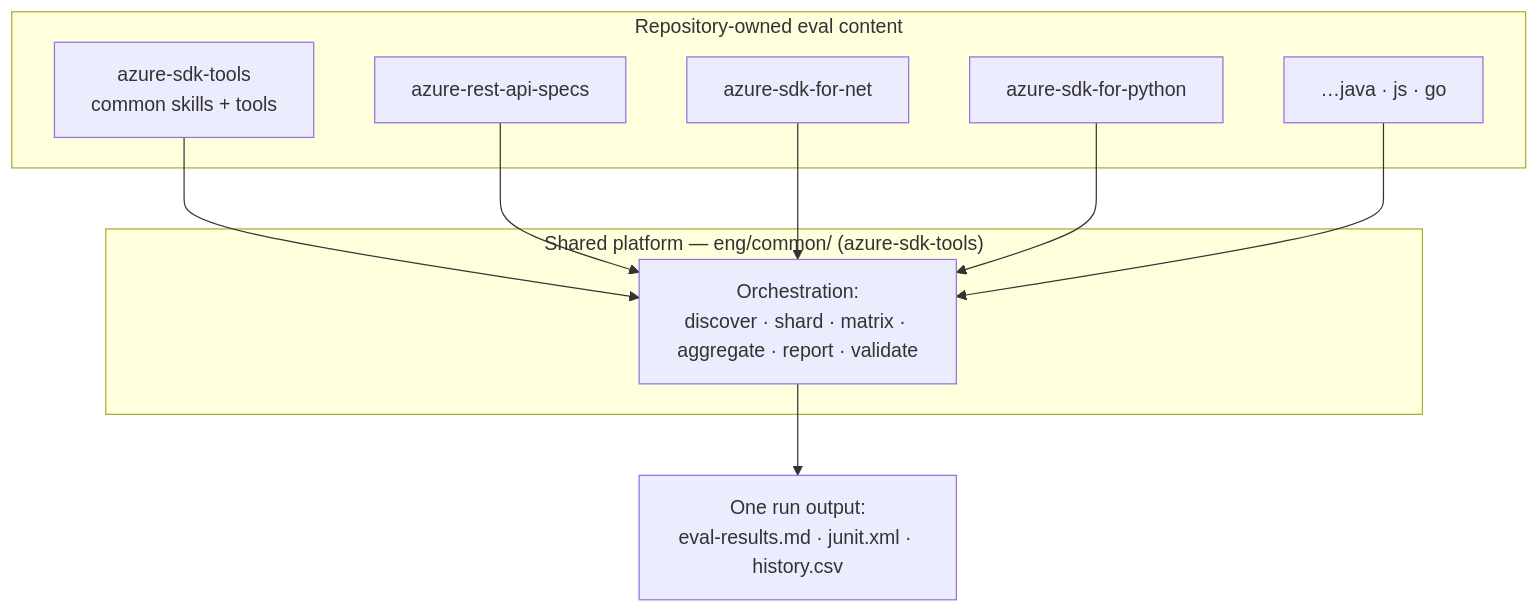
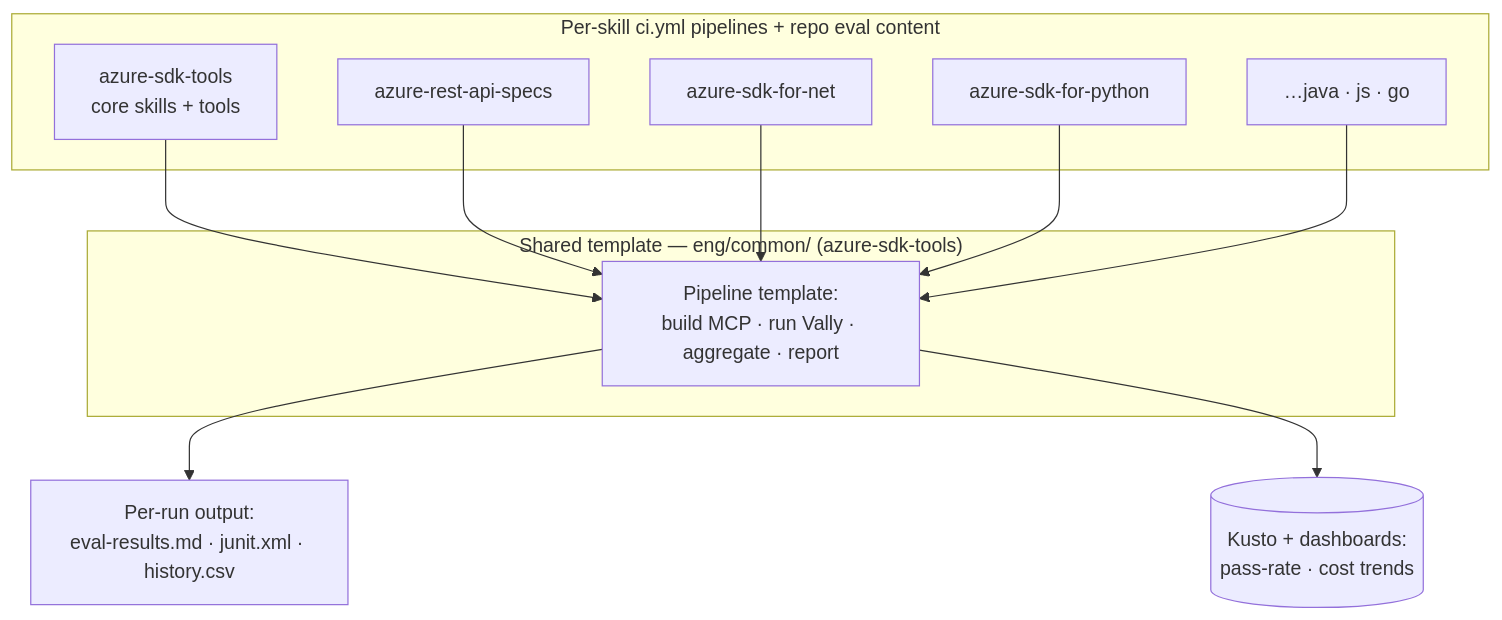
The fourth of 4 diagrams in tools/azsdk-cli/docs/specs/8-operations-agent-eval-strategy.spec.md (Azure/azure-sdk-tools), drawn with Mermaid before and after one commit. The commit also changed other lines of this file, not shown here.

Commit message:
docs: revise CI to per-skill ci.yml pipelines per review

````diff
--- a/tools/azsdk-cli/docs/specs/8-operations-agent-eval-strategy.spec.md
+++ b/tools/azsdk-cli/docs/specs/8-operations-agent-eval-strategy.spec.md
@@ -775,19 +730,20 @@
 ```mermaid
 flowchart TD
-    subgraph SHARED["Shared platform — eng/common/ (azure-sdk-tools)"]
-        ORCH["Orchestration:<br/>discover · shard · matrix · aggregate · report · validate"]
+    subgraph SHARED["Shared template — eng/common/ (azure-sdk-tools)"]
+        ORCH["Pipeline template:<br/>build MCP · run Vally · aggregate · report"]
     end
-    subgraph CONTENT["Repository-owned eval content"]
-        T["azure-sdk-tools<br/>common skills + tools"]
+    subgraph CONTENT["Per-skill ci.yml pipelines + repo eval content"]
+        T["azure-sdk-tools<br/>core skills + tools"]
         SPECS["azure-rest-api-specs"]
         NET["azure-sdk-for-net"]
         PY["azure-sdk-for-python"]
         ETC["…java · js · go"]
     end
     T --> ORCH
     SPECS --> ORCH
     NET --> ORCH
     PY --> ORCH
     ETC --> ORCH
-    ORCH --> OUT["One run output:<br/>eval-results.md · junit.xml · history.csv"]
+    ORCH --> OUT["Per-run output:<br/>eval-results.md · junit.xml · history.csv"]
+    ORCH --> KU[(Kusto + dashboards:<br/>pass-rate · cost trends)]
 ```
````
